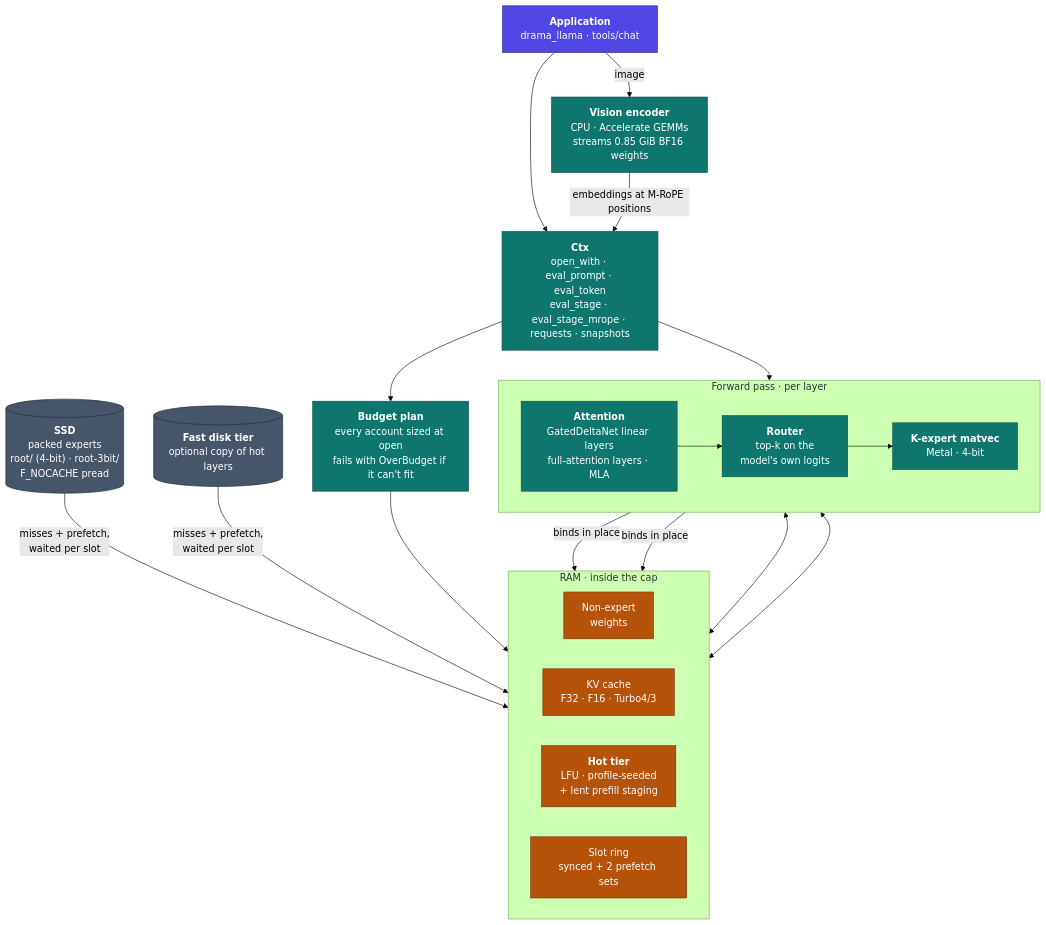
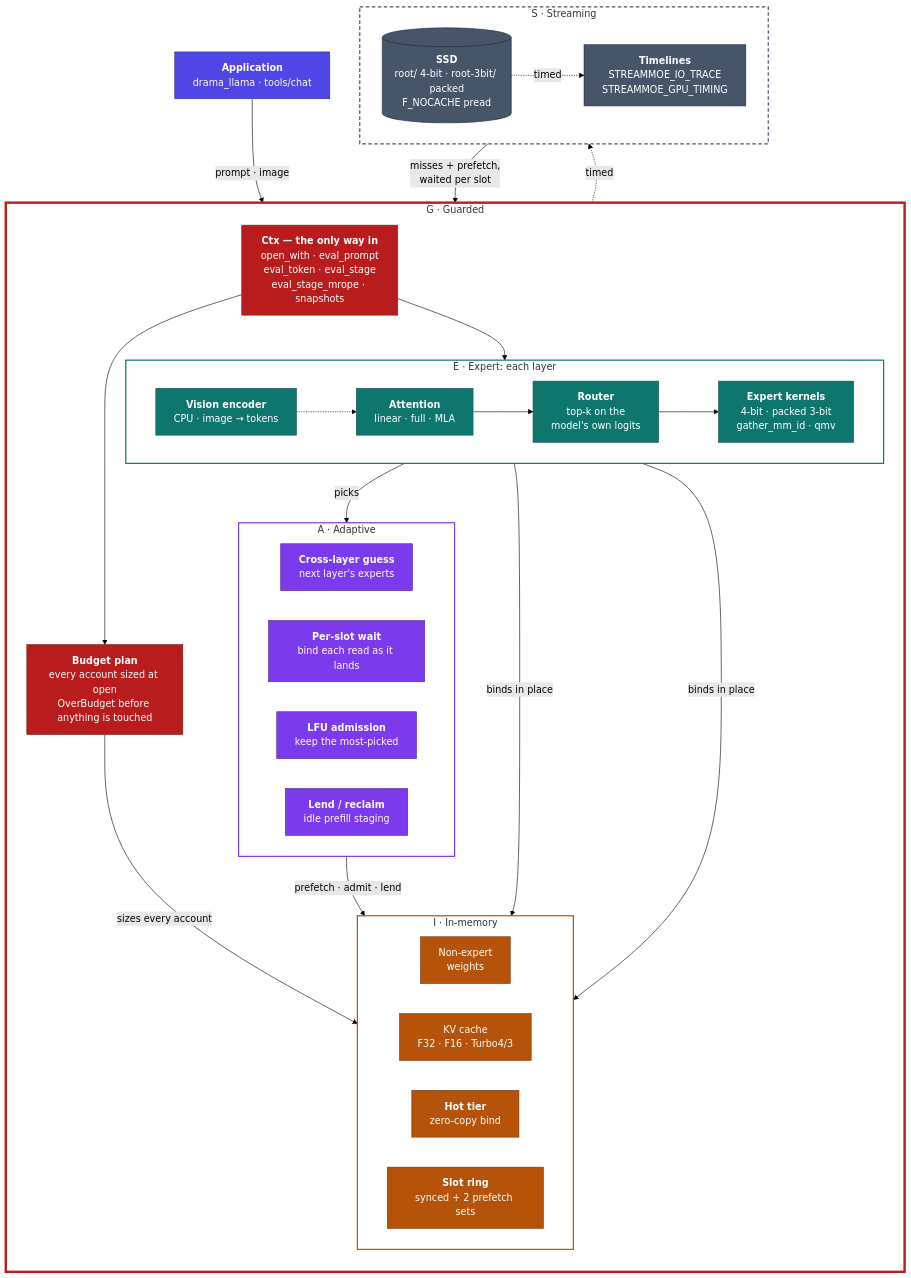
Before and after one commit to transybao1393/streamoe: the first of 9 diagrams in README.md, drawn with Mermaid (forest theme). The commit also changed other lines of this file, not shown here.

First line of the commit message:
docs: README architecture as AEGIS

````diff
--- a/README.md
+++ b/README.md
@@ -85,39 +100,60 @@
 ```mermaid
 flowchart TB
     classDef app fill:#4f46e5,stroke:#312e81,color:#ffffff
-    classDef engine fill:#0f766e,stroke:#134e4a,color:#ffffff
-    classDef mem fill:#b45309,stroke:#78350f,color:#ffffff
-    classDef disk fill:#475569,stroke:#1e293b,color:#ffffff
+    classDef a fill:#7c3aed,stroke:#4c1d95,color:#ffffff
+    classDef e fill:#0f766e,stroke:#134e4a,color:#ffffff
+    classDef g fill:#b91c1c,stroke:#7f1d1d,color:#ffffff
+    classDef i fill:#b45309,stroke:#78350f,color:#ffffff
+    classDef s fill:#475569,stroke:#1e293b,color:#ffffff
 
     APP["<b>Application</b><br/>drama_llama · tools/chat"]:::app
-    API["<b>Ctx</b><br/>open_with · eval_prompt · eval_token<br/>eval_stage · eval_stage_mrope · requests · snapshots"]:::engine
-    PLAN["<b>Budget plan</b><br/>every account sized at open<br/>fails with OverBudget if it can't fit"]:::engine
-    VIS["<b>Vision encoder</b><br/>CPU · Accelerate GEMMs<br/>streams 0.85 GiB BF16 weights"]:::engine
 
-    subgraph LOOP["Forward pass · per layer"]
-        direction LR
-        ATT["<b>Attention</b><br/>GatedDeltaNet linear layers<br/>full-attention layers · MLA"]:::engine
-        RT["<b>Router</b><br/>top-k on the<br/>model's own logits"]:::engine
-        MOE["<b>K-expert matvec</b><br/>Metal · 4-bit"]:::engine
-        ATT --> RT --> MOE
+    subgraph G["G · Guarded"]
+        direction TB
+        GATE["<b>Ctx — the only way in</b><br/>open_with · eval_prompt<br/>eval_token · eval_stage<br/>eval_stage_mrope · snapshots"]:::g
+        PLAN["<b>Budget plan</b><br/>every account sized at open<br/>OverBudget before anything is touched"]:::g
+        subgraph E["E · Expert: each layer"]
+            direction LR
+            VIS["<b>Vision encoder</b><br/>CPU · image → tokens"]:::e
+            ATT["<b>Attention</b><br/>linear · full · MLA"]:::e
+            RT["<b>Router</b><br/>top-k on the<br/>model's own logits"]:::e
+            MOE["<b>Expert kernels</b><br/>4-bit · packed 3-bit<br/>gather_mm_id · qmv"]:::e
+            VIS -.-> ATT --> RT --> MOE
+        end
+        subgraph A["A · Adaptive"]
+            direction LR
+            GUESS["<b>Cross-layer guess</b><br/>next layer's experts"]:::a
+            WAIT["<b>Per-slot wait</b><br/>bind each read as it lands"]:::a
+            ADMIT["<b>LFU admission</b><br/>keep the most-picked"]:::a
+            LEND["<b>Lend / reclaim</b><br/>idle prefill staging"]:::a
+        end
+        subgraph I["I · In-memory"]
+            direction LR
+            W["Non-expert<br/>weights"]:::i
+            KV["KV cache<br/>F32 · F16 · Turbo4/3"]:::i
+            HOT["<b>Hot tier</b><br/>zero-copy bind"]:::i
+            SLOTS["<b>Slot ring</b><br/>synced + 2 prefetch sets"]:::i
+        end
     end
 
-    subgraph MEM["RAM · inside the cap"]
+    subgraph S["S · Streaming"]
         direction LR
-        W["Non-expert<br/>weights"]:::mem
-        KV["KV cache<br/>F32 · F16 · Turbo4/3"]:::mem
-        HOT["<b>Hot tier</b><br/>LFU · profile-seeded<br/>+ lent prefill staging"]:::mem
-        SLOTS["Slot ring<br/>synced + 2 prefetch sets"]:::mem
+        SSD[("<b>SSD</b><br/>root/ 4-bit · root-3bit/ packed<br/>F_NOCACHE pread")]:::s
+        TRACE["<b>Timelines</b><br/>STREAMMOE_IO_TRACE<br/>STREAMMOE_GPU_TIMING"]:::s
     end
 
-    SSD[("<b>SSD</b><br/>packed experts<br/>root/ (4-bit) · root-3bit/<br/>F_NOCACHE pread")]:::disk
-    FAST[("<b>Fast disk tier</b><br/>optional copy of hot layers")]:::disk
+    APP -- "prompt · image" --> GATE --> PLAN
+    PLAN -- "sizes every account" --> I
+    GATE --> E
+    RT -- "picks" --> A
+    A -- "prefetch · admit · lend" --> I
+    MOE -- "binds in place" --> HOT & SLOTS
+    SSD -- "misses + prefetch,<br/>waited per slot" --> SLOTS
+    MOE & SSD -. "timed" .-> TRACE
 
-    APP --> API
-    APP -- "image" --> VIS -- "embeddings at M-RoPE positions" --> API
-    API --> PLAN --> MEM
-    API --> LOOP
-    LOOP <--> W & KV
-    MOE -- "binds in place" --> HOT & SLOTS
-    SSD & FAST -- "misses + prefetch,<br/>waited per slot" --> SLOTS
+    style G fill:transparent,stroke:#b91c1c,stroke-width:4px
+    style E fill:transparent,stroke:#0f766e,stroke-width:2px
+    style A fill:transparent,stroke:#7c3aed,stroke-width:2px
+    style I fill:transparent,stroke:#b45309,stroke-width:2px
+    style S fill:transparent,stroke:#475569,stroke-width:2px,stroke-dasharray:6 4
 ```
````
